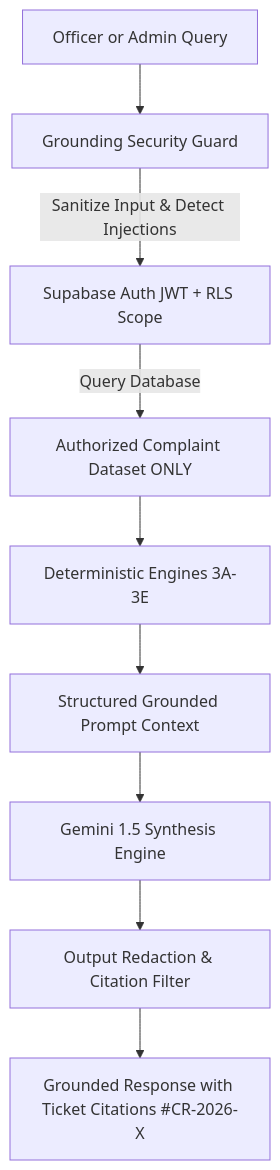
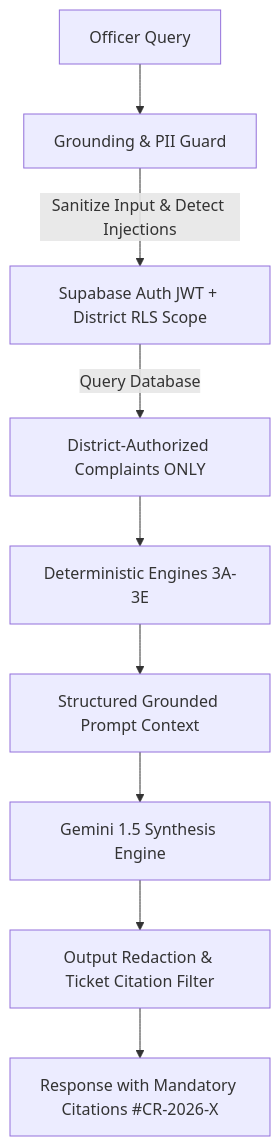
One commit to IPG7137/Hack-2-Ignite changed the third of 3 diagrams in README.md. Above: the diagram before and after it, drawn with Mermaid. The commit also changed other lines of this file, not shown here.

Commit message:
docs: comprehensive production README with visual feature tour, architecture, and verification scorecard

````diff
--- a/README.md
+++ b/README.md
@@ -199,11 +266,11 @@
 ```mermaid
 flowchart TD
-    UserQuery[Officer or Admin Query] --> SecGuard[Grounding Security Guard]
-    SecGuard -->|Sanitize Input & Detect Injections| AuthContext[Supabase Auth JWT + RLS Scope]
-    AuthContext -->|Query Database| AuthData[Authorized Complaint Dataset ONLY]
+    UserQuery[Officer Query] --> SecGuard[Grounding & PII Guard]
+    SecGuard -->|Sanitize Input & Detect Injections| AuthContext[Supabase Auth JWT + District RLS Scope]
+    AuthContext -->|Query Database| AuthData[District-Authorized Complaints ONLY]
     AuthData --> DetEngines[Deterministic Engines 3A-3E]
     DetEngines --> AIContext[Structured Grounded Prompt Context]
     AIContext --> LLM[Gemini 1.5 Synthesis Engine]
-    LLM --> OutGuard[Output Redaction & Citation Filter]
-    OutGuard --> FinalResponse[Grounded Response with Ticket Citations #CR-2026-X]
+    LLM --> OutGuard[Output Redaction & Ticket Citation Filter]
+    OutGuard --> FinalResponse[Response with Mandatory Citations #CR-2026-X]
 ```
````
